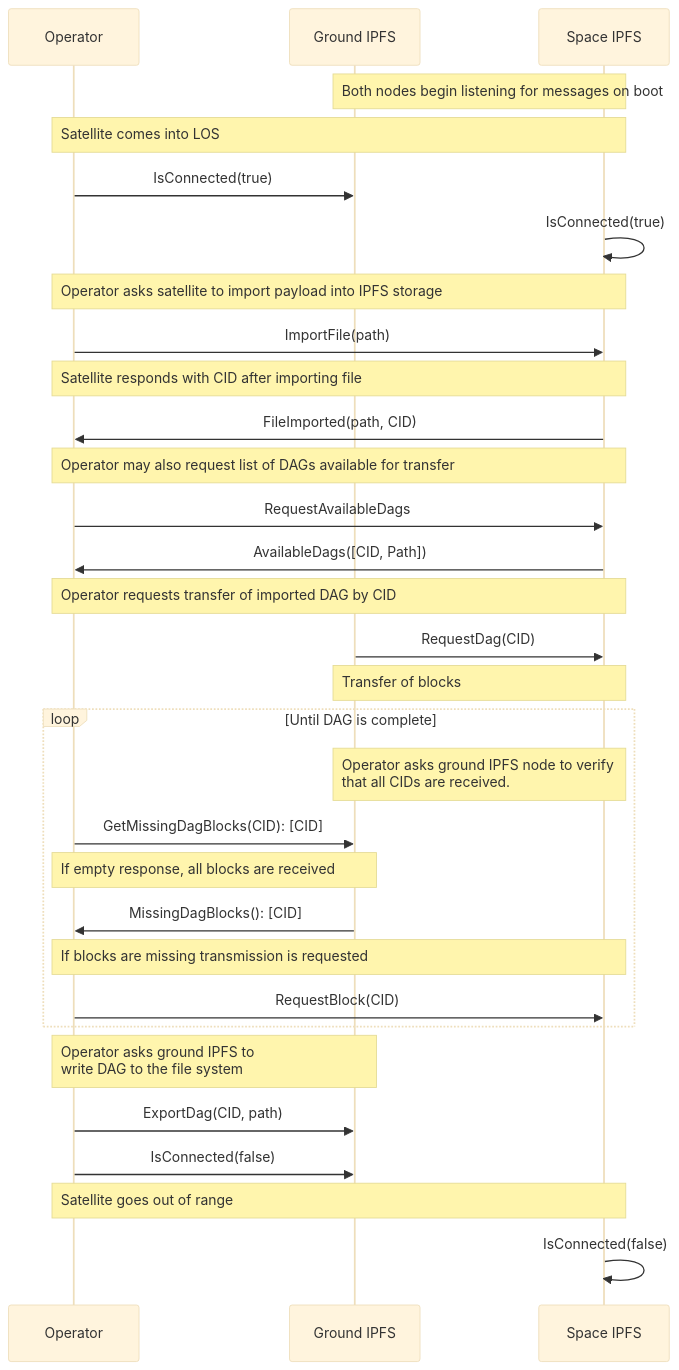
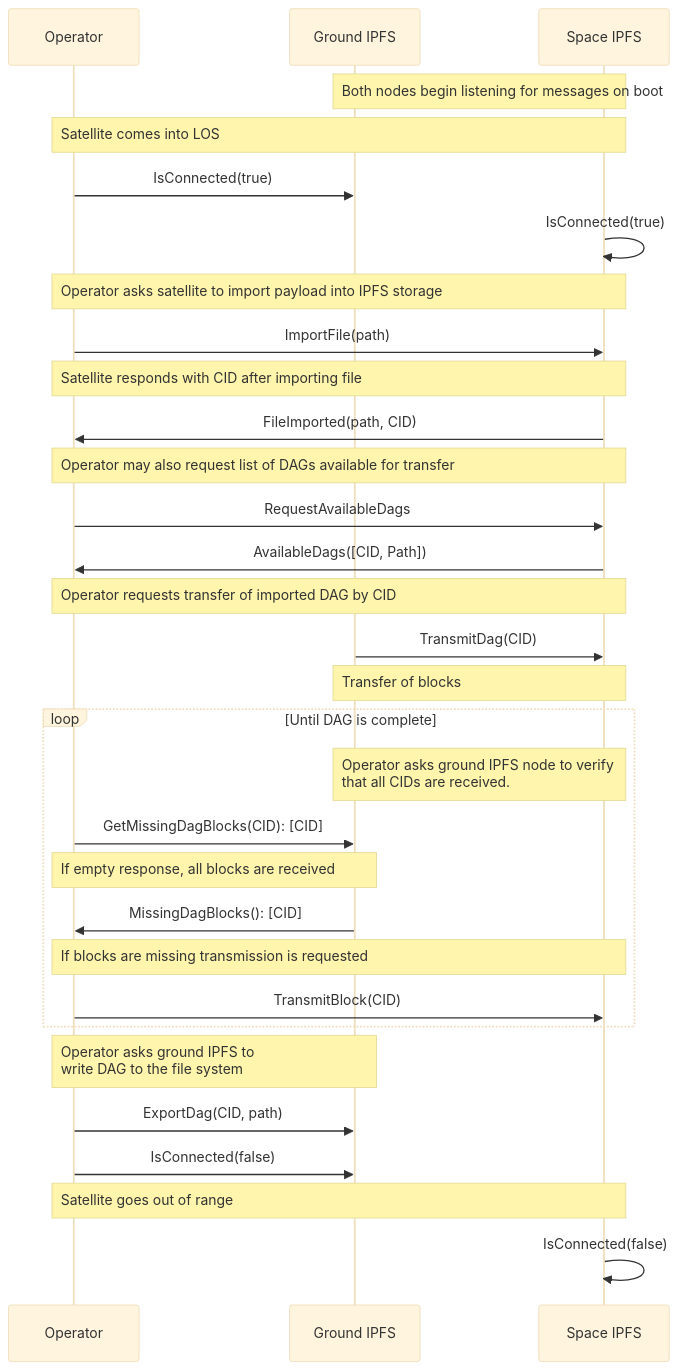
One commit to ipfs-shipyard/space changed the third of 3 diagrams in README.md. Above: the diagram before and after it, drawn with Mermaid (base theme). The commit also changed 2 other files, not shown here.

Commit message:
Removing Request* API (#28)

````diff
--- a/README.md
+++ b/README.md
@@ -156,35 +156,35 @@
 ```mermaid
 %%{init: { "sequence": { "noteAlign": "left"} } }%%
 
 sequenceDiagram
     participant O as Operator
     participant G as Ground IPFS
     participant S as Space IPFS
     Note over G,S: Both nodes begin listening for messages on boot
     Note over O,S: Satellite comes into LOS
     O->>G: IsConnected(true)
     S->>S: IsConnected(true)
     Note over O,S: Operator asks satellite to import payload into IPFS storage
     O->>S: ImportFile(path)
     Note over O,S: Satellite responds with CID after importing file
     S->>O: FileImported(path, CID)
     Note over O,S: Operator may also request list of DAGs available for transfer
     O->>S: RequestAvailableDags
     S->>O: AvailableDags([CID, Path])
     Note over O,S: Operator requests transfer of imported DAG by CID
-    G->>S: RequestDag(CID)
+    G->>S: TransmitDag(CID)
     Note over G, S: Transfer of blocks
     loop Until DAG is complete
         Note over G,S: Operator asks ground IPFS node to verify <br/> that all CIDs are received.
         O->>G: GetMissingDagBlocks(CID): [CID] 
         Note over O,G: If empty response, all blocks are received
         G->>O: MissingDagBlocks(): [CID]
         Note over O,S: If blocks are missing transmission is requested
-        O->>S: RequestBlock(CID)
+        O->>S: TransmitBlock(CID)
     end
     Note over O,G: Operator asks ground IPFS to <br/> write DAG to the file system
     O->>G: ExportDag(CID, path)
     O->>G: IsConnected(false)
     Note over O,S: Satellite goes out of range
     S->>S: IsConnected(false)
 ```
````
